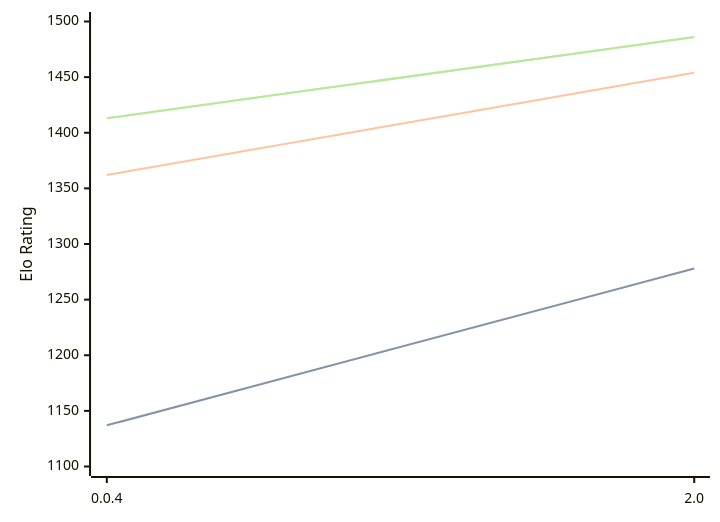
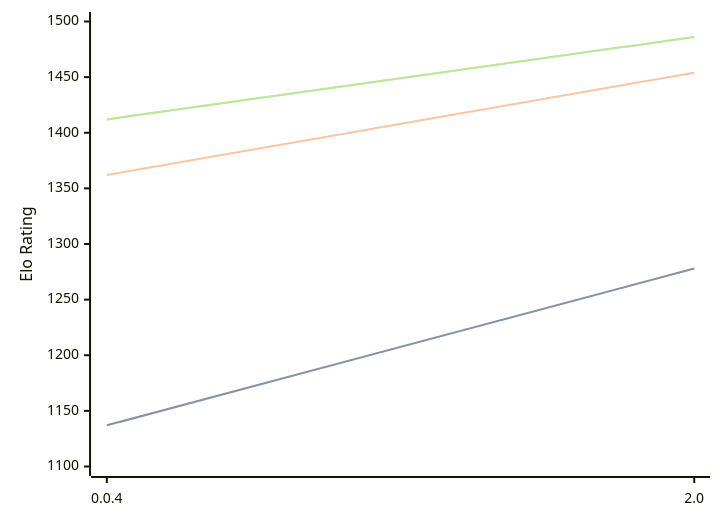
The diagram in engines/Oops!Mate.md (computer-chess-index/cci), drawn with Mermaid before and after one commit. The commit also changed other lines of this file, not shown here.

Commit message:
Update CCI Ratings (ELO VLTC) - 2026-09-10

````diff
--- a/engines/Oops!Mate.md
+++ b/engines/Oops!Mate.md
@@ -33,11 +33,11 @@
 ```mermaid
 %%{init: {"theme":"base","themeVariables":{"seriesColors:['#a3a3a3','#222221','#faa371']}}}%%
 xychart-beta
   x-axis ["0.0.4", "2.0"]
   y-axis "Elo Rating" 1100 --> 1500
   line "" [1137, 1278]
   line "STC (8.0+0.08s)" [1137, 1278]
   line "LTC (60.0+0.60s)" [1362, 1454]
-  line "" [1413, 1486]
-  line "VLTC (2m24s+1.12s)" [1413, 1486]
+  line "" [1412, 1486]
+  line "VLTC (2m24s+1.12s)" [1412, 1486]
 ```
````
